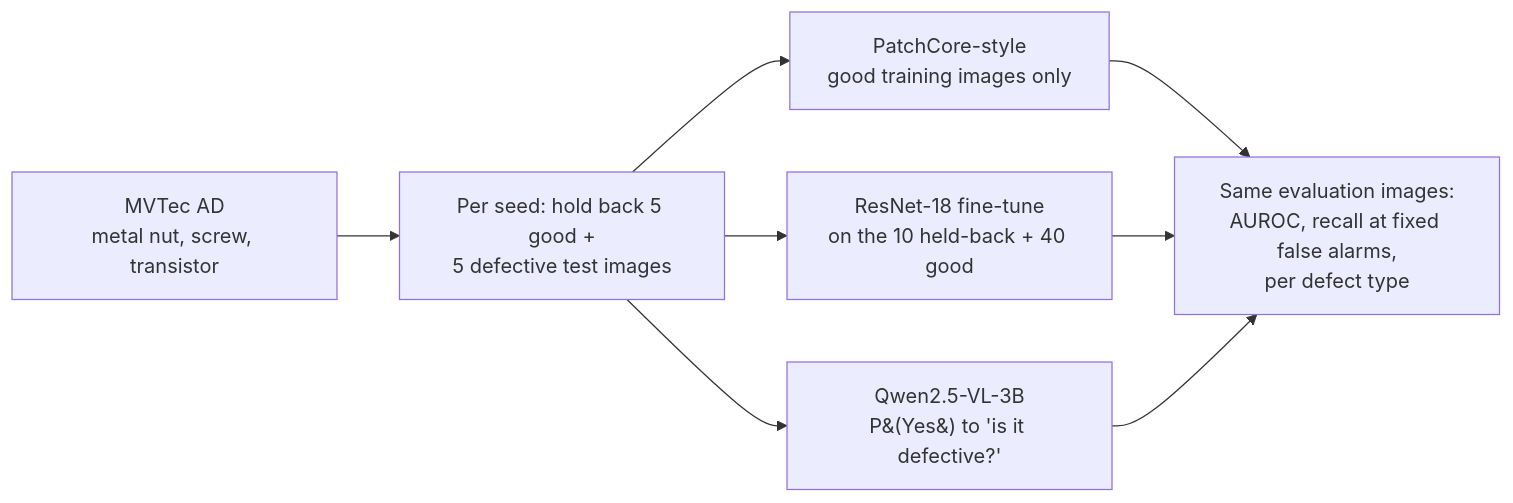
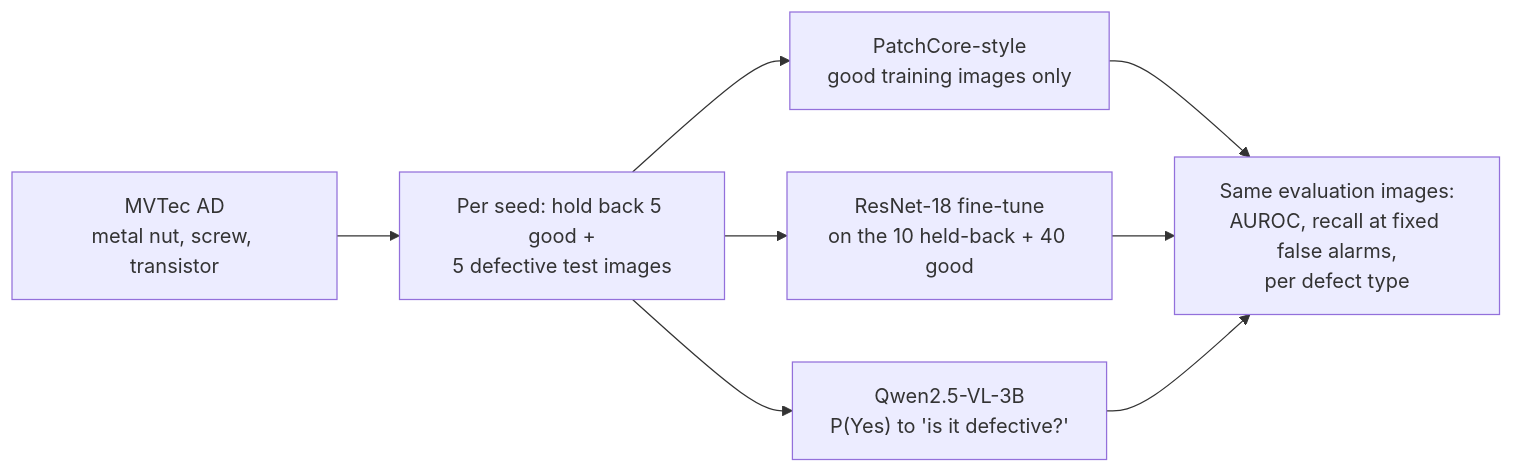
Before and after one commit to dojedaro/vlm-defect-inspection: the diagram in README.md, drawn with Mermaid.

Commit message:
README: quote Mermaid labels so GitHub renders the diagram
P(Yes) inside an unquoted node label is parsed as a shape delimiter.

````diff
--- a/README.md
+++ b/README.md
@@ -67,8 +67,10 @@
 ```mermaid
 flowchart LR
-    M[MVTec AD<br/>metal nut, screw, transistor] --> S[Per seed: hold back 5 good +<br/>5 defective test images]
-    S --> P[PatchCore-style<br/>good training images only]
-    S --> F[ResNet-18 fine-tune<br/>on the 10 held-back + 40 good]
-    S --> V[Qwen2.5-VL-3B<br/>P&#40;Yes&#41; to 'is it defective?']
-    P & F & V --> E[Same evaluation images:<br/>AUROC, recall at fixed false alarms,<br/>per defect type]
+    M["MVTec AD<br/>metal nut, screw, transistor"] --> S["Per seed: hold back 5 good +<br/>5 defective test images"]
+    S --> P["PatchCore-style<br/>good training images only"]
+    S --> F["ResNet-18 fine-tune<br/>on the 10 held-back + 40 good"]
+    S --> V["Qwen2.5-VL-3B<br/>P(Yes) to 'is it defective?'"]
+    P --> E["Same evaluation images:<br/>AUROC, recall at fixed false alarms,<br/>per defect type"]
+    F --> E
+    V --> E
 ```
````
